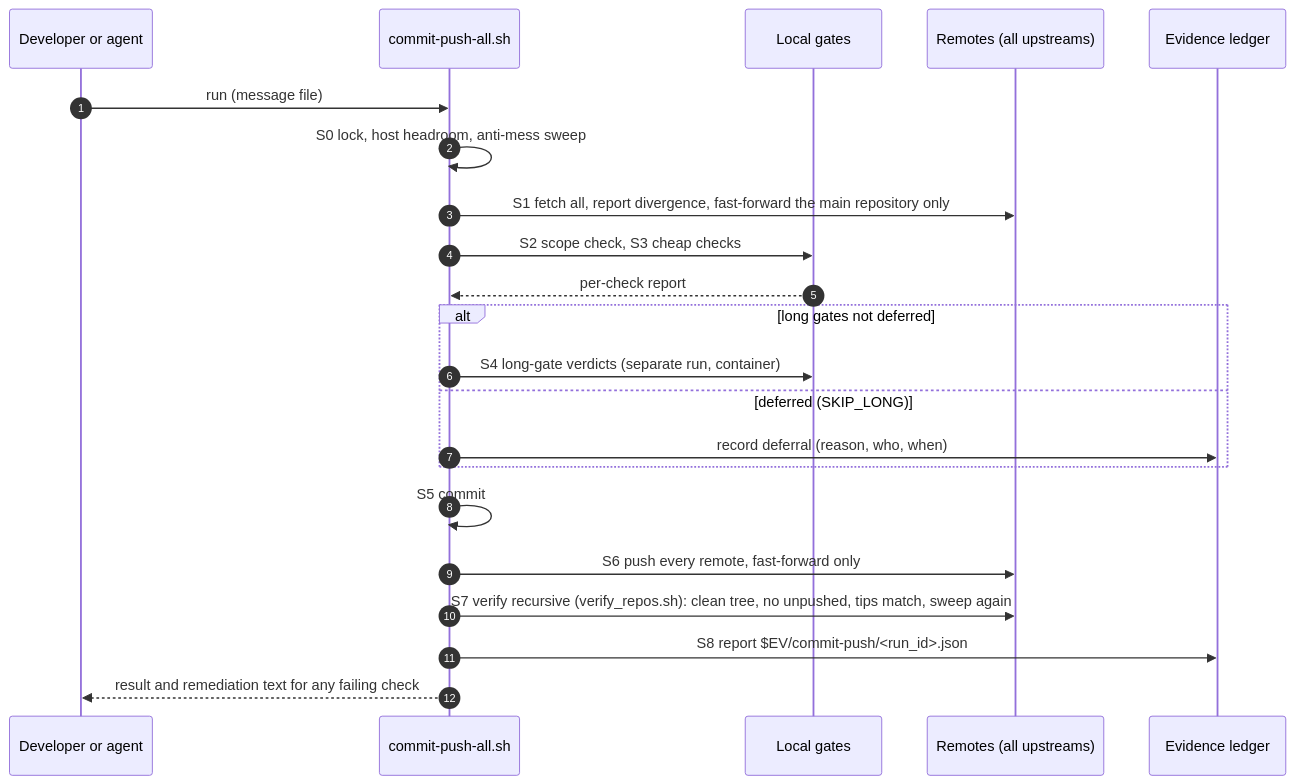
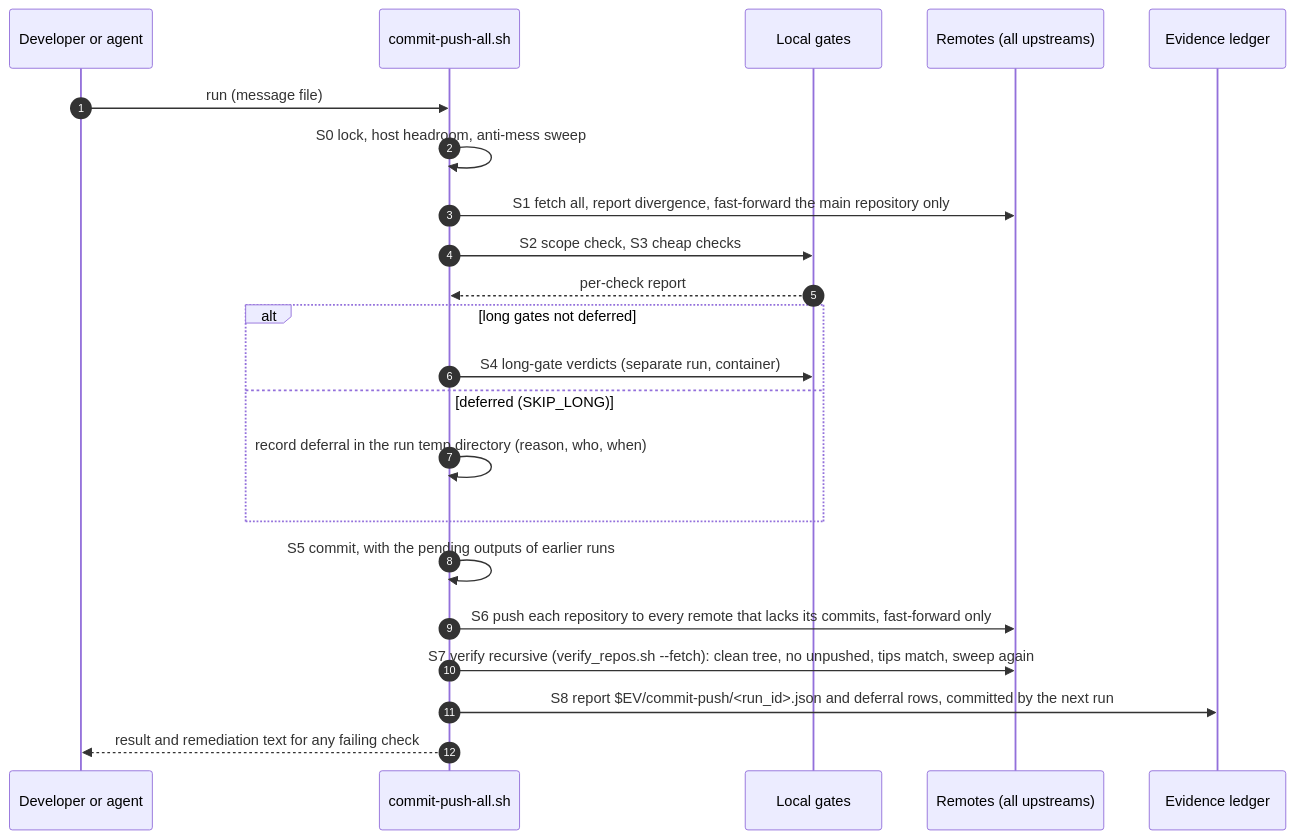
The sixth of 6 diagrams in specs/001-full-project-audit-remediation/docs/12-helixqa-challenges-and-governance-plan.md (vasic-digital/catalogizer), drawn with Mermaid before and after one commit. The commit also changed other lines of this file and 19 other files, not shown here.

````diff
--- a/specs/001-full-project-audit-remediation/docs/12-helixqa-challenges-and-governance-plan.md
+++ b/specs/001-full-project-audit-remediation/docs/12-helixqa-challenges-and-governance-plan.md
@@ -1381,24 +1381,24 @@
 ```mermaid
 sequenceDiagram
   autonumber
   participant D as Developer or agent
   participant S as commit-push-all.sh
   participant G as Local gates
   participant R as Remotes (all upstreams)
   participant E as Evidence ledger
   D->>S: run (message file)
   S->>S: S0 lock, host headroom, anti-mess sweep
   S->>R: S1 fetch all, report divergence, fast-forward the main repository only
   S->>G: S2 scope check, S3 cheap checks
   G-->>S: per-check report
   alt long gates not deferred
     S->>G: S4 long-gate verdicts (separate run, container)
   else deferred (SKIP_LONG)
-    S->>E: record deferral (reason, who, when)
+    S->>S: record deferral in the run temp directory (reason, who, when)
   end
-  S->>S: S5 commit
-  S->>R: S6 push every remote, fast-forward only
-  S->>R: S7 verify recursive (verify_repos.sh): clean tree, no unpushed, tips match, sweep again
-  S->>E: S8 report $EV/commit-push/<run_id>.json
+  S->>S: S5 commit, with the pending outputs of earlier runs
+  S->>R: S6 push each repository to every remote that lacks its commits, fast-forward only
+  S->>R: S7 verify recursive (verify_repos.sh --fetch): clean tree, no unpushed, tips match, sweep again
+  S->>E: S8 report $EV/commit-push/<run_id>.json and deferral rows, committed by the next run
   S-->>D: result and remediation text for any failing check
 ```
````
